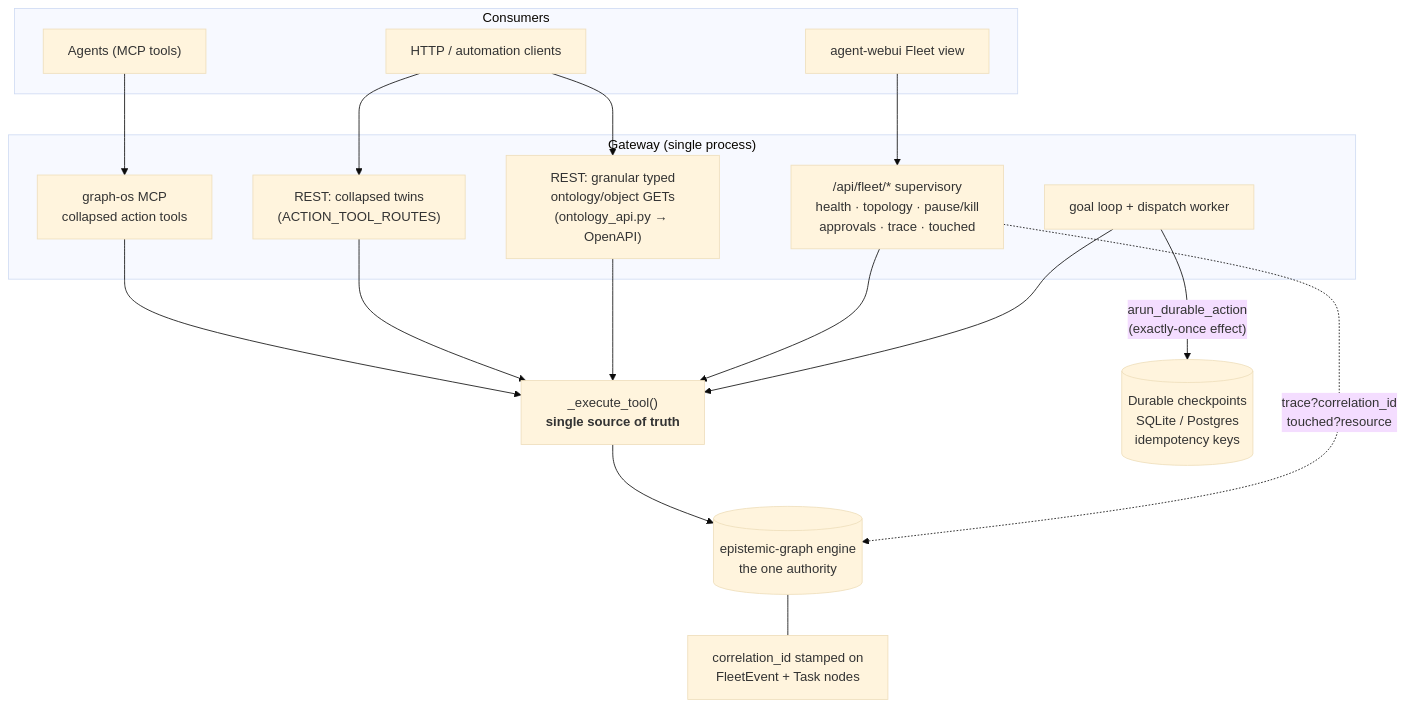
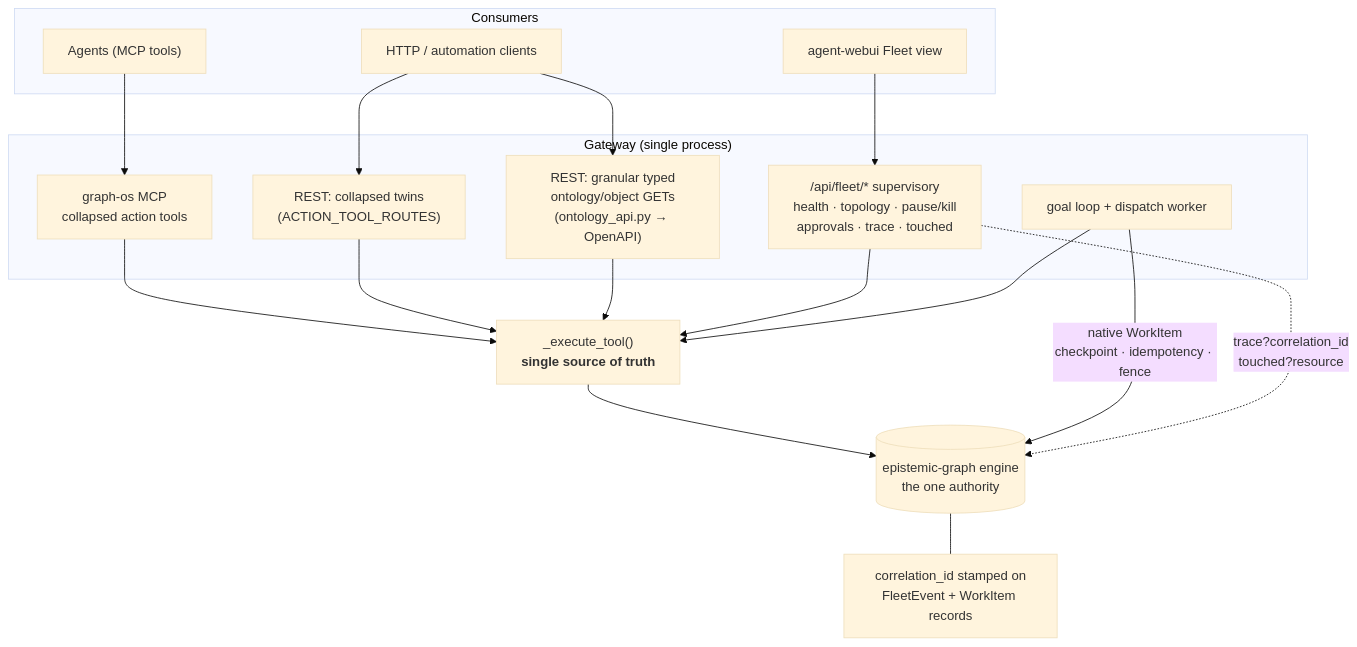
Before and after one commit to Knuckles-Team/agent-utilities: the diagram in docs/architecture/enterprise_supervisory_and_parity.md, drawn with Mermaid (base theme). The commit also changed other lines of this file and 3818 other files, not shown here.

````diff
--- a/docs/architecture/enterprise_supervisory_and_parity.md
+++ b/docs/architecture/enterprise_supervisory_and_parity.md
@@ -8,35 +8,34 @@
 ```mermaid
 flowchart TB
     subgraph clients["Consumers"]
         agent["Agents (MCP tools)"]
         http["HTTP / automation clients"]
         ui["agent-webui Fleet view"]
     end
 
     subgraph gw["Gateway (single process)"]
         mcp["graph-os MCP<br/>collapsed action tools"]
         rest["REST: collapsed twins<br/>(ACTION_TOOL_ROUTES)"]
         gran["REST: granular typed<br/>ontology/object GETs<br/>(ontology_api.py → OpenAPI)"]
         fleet["/api/fleet/* supervisory<br/>health · topology · pause/kill<br/>approvals · trace · touched"]
         dispatch["goal loop + dispatch worker"]
     end
 
     exec["_execute_tool()<br/><b>single source of truth</b>"]
     engine[("epistemic-graph engine<br/>the one authority")]
-    durable[("Durable checkpoints<br/>SQLite / Postgres<br/>idempotency keys")]
-    corr["correlation_id stamped on<br/>FleetEvent + Task nodes"]
+    corr["correlation_id stamped on<br/>FleetEvent + WorkItem records"]
 
     agent --> mcp
     http --> rest
     http --> gran
     ui --> fleet
     mcp --> exec
     rest --> exec
     gran --> exec
     fleet --> exec
     exec --> engine
-    dispatch -->|"arun_durable_action<br/>(exactly-once effect)"| durable
+    dispatch -->|"native WorkItem<br/>checkpoint · idempotency · fence"| engine
     dispatch --> exec
     fleet -.->|"trace?correlation_id<br/>touched?resource"| engine
     engine --- corr
 ```
````
